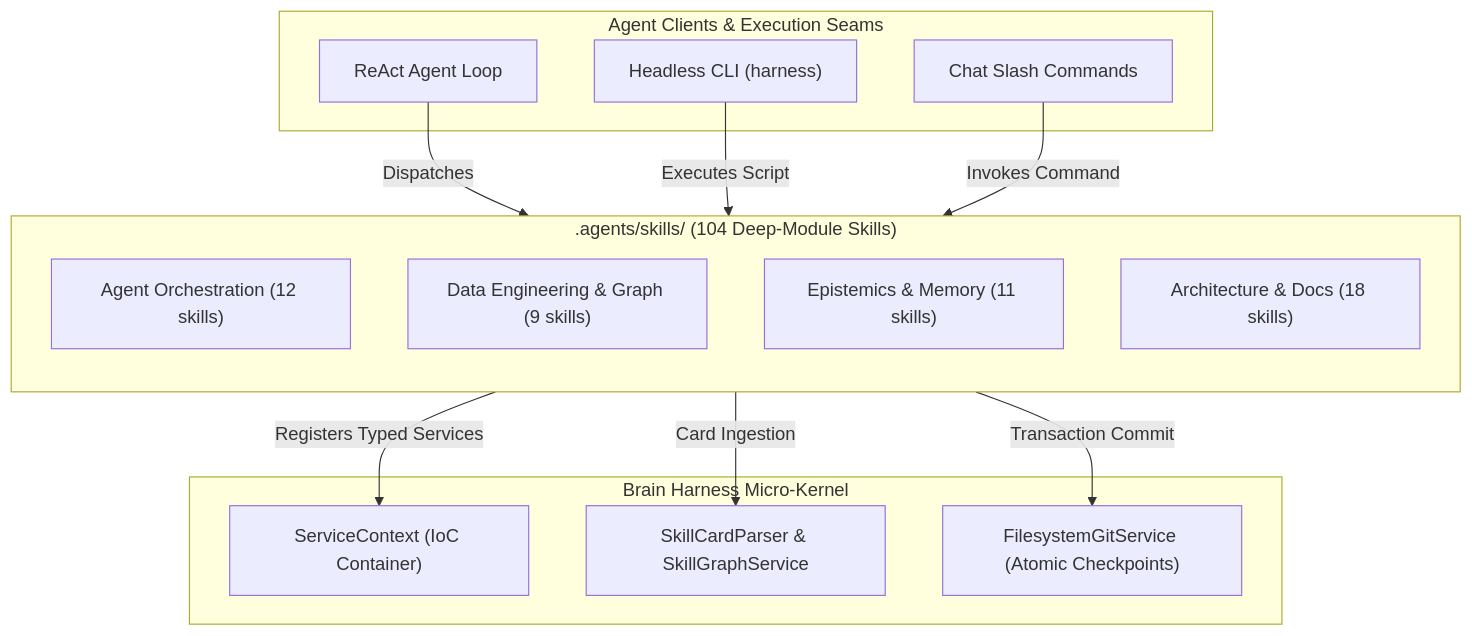
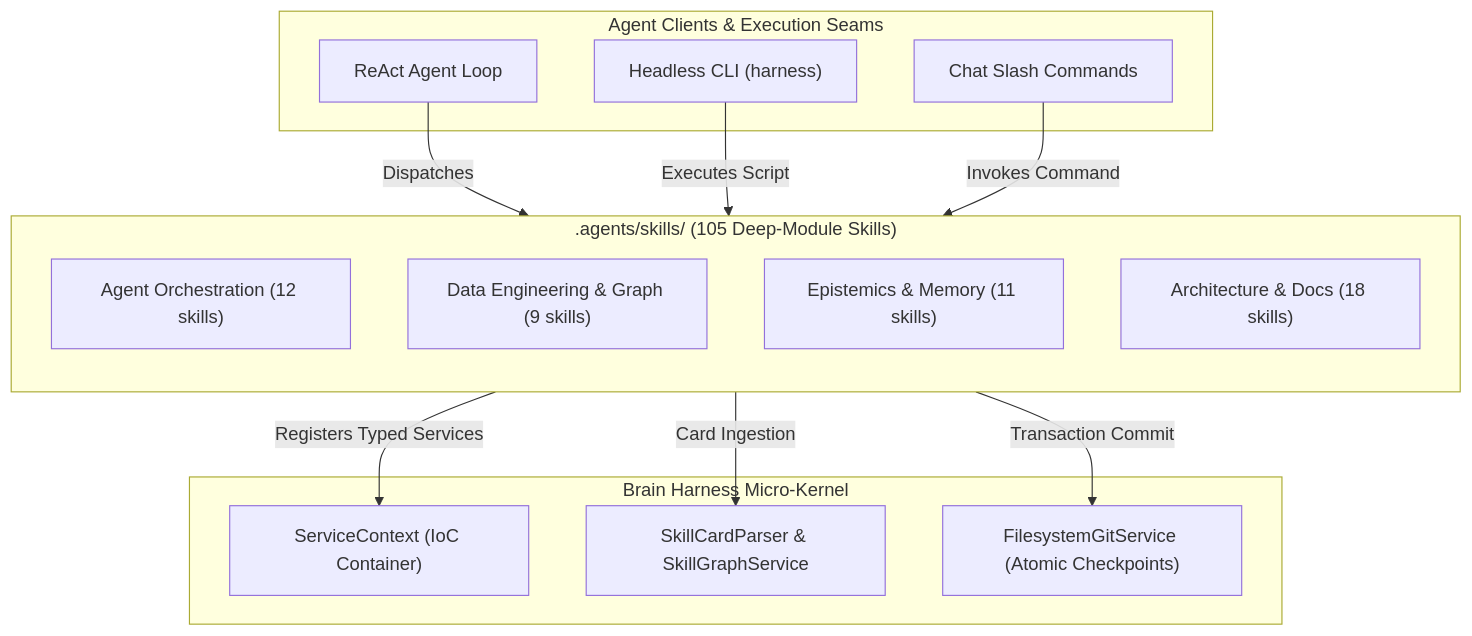
Before and after one commit to SpectreDeath/Brain-Harness: the diagram in .agents/skills/README.md, drawn with Mermaid. The commit also changed other lines of this file and 1 other file, not shown here.

Commit message:
fix: sync workspace skill count 104 to 105 in USER_MANUAL and skills README

````diff
--- a/.agents/skills/README.md
+++ b/.agents/skills/README.md
@@ -23,29 +23,29 @@
 ```mermaid
 flowchart TD
     subgraph Clients["Agent Clients &amp; Execution Seams"]
         A1["ReAct Agent Loop"]
         A2["Headless CLI (harness)"]
         A3["Chat Slash Commands"]
     end
 
-    subgraph SkillsCatalog[".agents/skills/ (104 Deep-Module Skills)"]
+    subgraph SkillsCatalog[".agents/skills/ (105 Deep-Module Skills)"]
         direction TB
         D1["Agent Orchestration (12 skills)"]
         D2["Data Engineering &amp; Graph (9 skills)"]
         D3["Epistemics &amp; Memory (11 skills)"]
         D4["Architecture &amp; Docs (18 skills)"]
     end
 
     subgraph MicroKernel["Brain Harness Micro-Kernel"]
         K1["ServiceContext (IoC Container)"]
         K2["SkillCardParser &amp; SkillGraphService"]
         K3["FilesystemGitService (Atomic Checkpoints)"]
     end
 
     A1 -->|Dispatches| SkillsCatalog
     A2 -->|Executes Script| SkillsCatalog
     A3 -->|Invokes Command| SkillsCatalog
     SkillsCatalog -->|Registers Typed Services| K1
     SkillsCatalog -->|Card Ingestion| K2
     SkillsCatalog -->|Transaction Commit| K3
 ```
````
